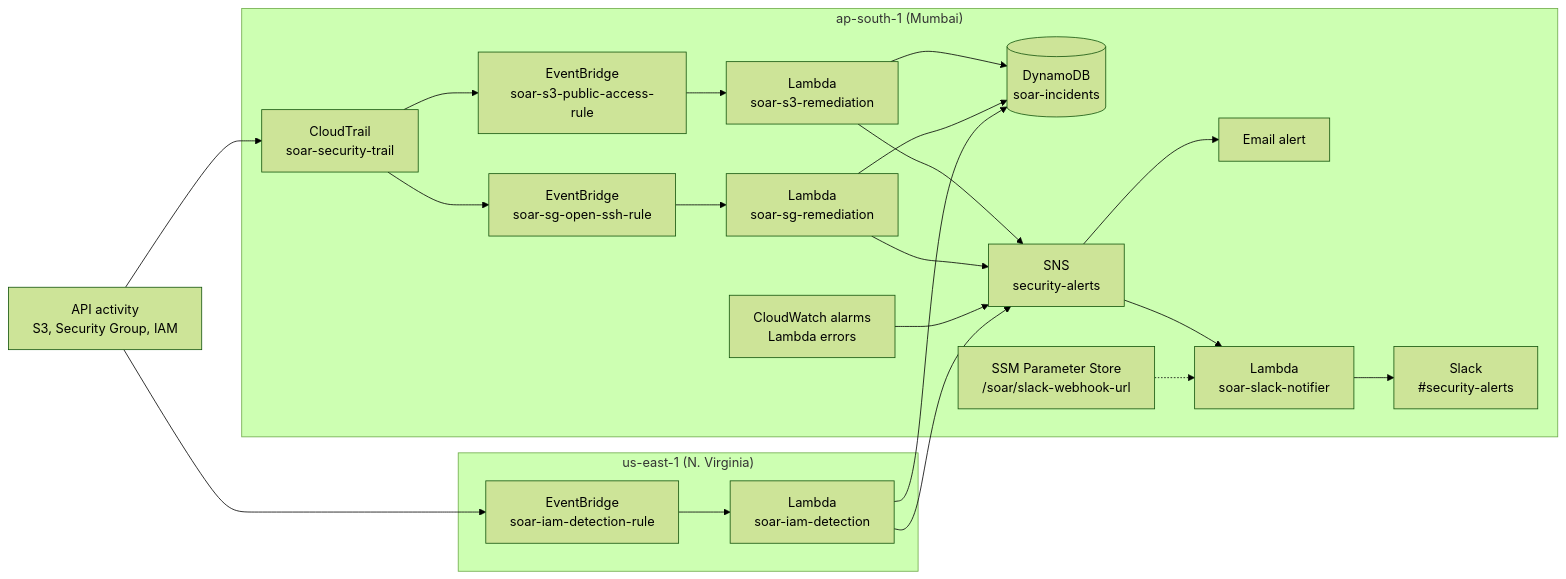
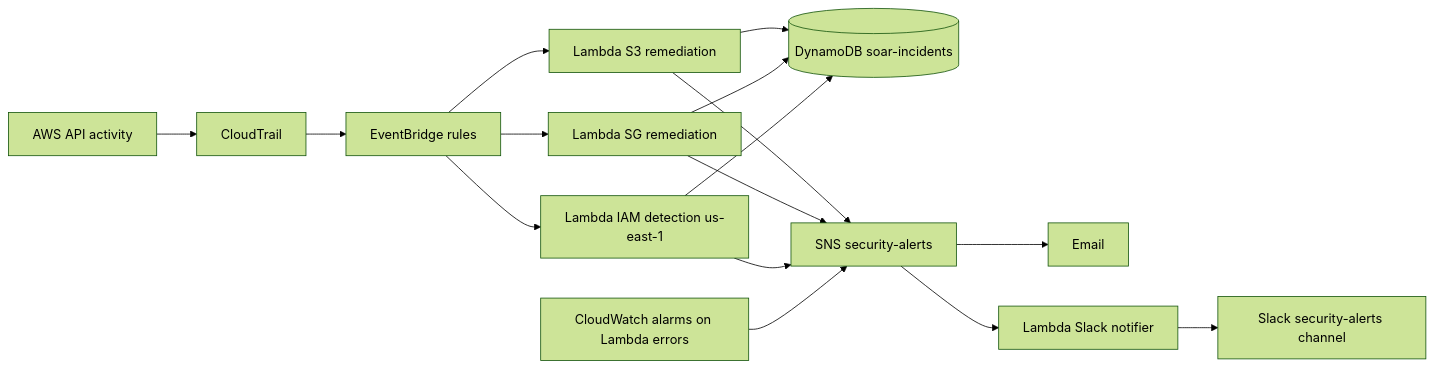
Before and after one commit to SamirPathan8124/aws-soar-incident-response: the diagram in README.md, drawn with Mermaid (forest theme). The commit also changed other lines of this file and 2 other files, not shown here.

Commit message:
Rewrite README with testing, Terraform, CI and multi-cloud mapping

````diff
--- a/README.md
+++ b/README.md
@@ -19,28 +23,18 @@
 ```mermaid
 flowchart LR
-  A["API activity<br/>S3, Security Group, IAM"] --> CT["CloudTrail<br/>soar-security-trail"]
-
-  subgraph APS1["ap-south-1 (Mumbai)"]
-    CT --> EB1["EventBridge<br/>soar-s3-public-access-rule"]
-    CT --> EB2["EventBridge<br/>soar-sg-open-ssh-rule"]
-    EB1 --> L1["Lambda<br/>soar-s3-remediation"]
-    EB2 --> L2["Lambda<br/>soar-sg-remediation"]
-    L1 --> DDB[("DynamoDB<br/>soar-incidents")]
-    L2 --> DDB
-    L1 --> SNS["SNS<br/>security-alerts"]
-    L2 --> SNS
-    SNS --> Mail["Email alert"]
-    SNS --> L4["Lambda<br/>soar-slack-notifier"]
-    SSM["SSM Parameter Store<br/>/soar/slack-webhook-url"] -.-> L4
-    L4 --> Slack["Slack<br/>#security-alerts"]
-    CW["CloudWatch alarms<br/>Lambda errors"] --> SNS
-  end
-
-  subgraph USE1["us-east-1 (N. Virginia)"]
-    EB3["EventBridge<br/>soar-iam-detection-rule"] --> L3["Lambda<br/>soar-iam-detection"]
-  end
-
-  A --> EB3
-  L3 --> SNS
-  L3 --> DDB
+  A[AWS API activity] --> B[CloudTrail]
+  B --> C[EventBridge rules]
+  C --> D1[Lambda S3 remediation]
+  C --> D2[Lambda SG remediation]
+  C --> D3[Lambda IAM detection us-east-1]
+  D1 --> E[(DynamoDB soar-incidents)]
+  D2 --> E
+  D3 --> E
+  D1 --> F[SNS security-alerts]
+  D2 --> F
+  D3 --> F
+  F --> G[Email]
+  F --> H[Lambda Slack notifier]
+  H --> I[Slack security-alerts channel]
+  J[CloudWatch alarms on Lambda errors] --> F
 ```
````
